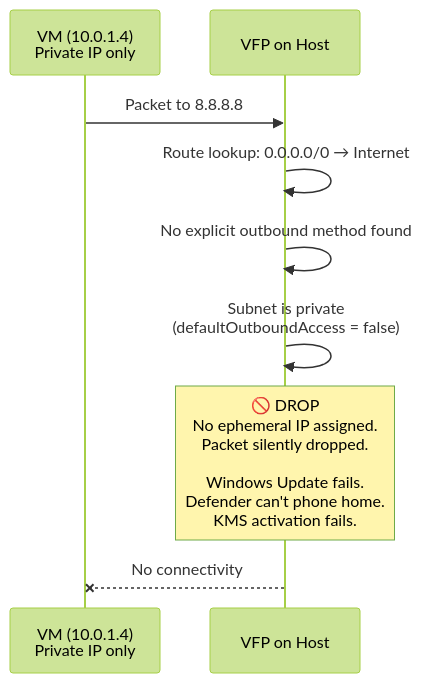
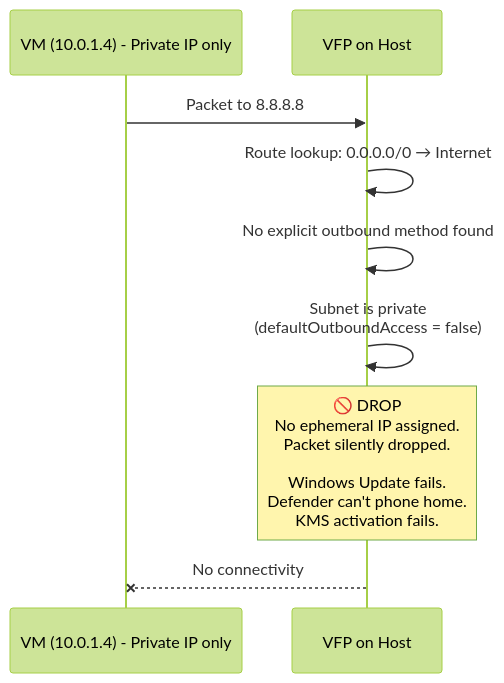
The fourth of 10 diagrams in _posts/2026-03-19-Azure-Default-Outbound-Access-Retirement.md (pthoor/pthoor.github.io), drawn with Mermaid (forest theme) before and after one commit. The commit also changed other lines of this file, not shown here.

Commit message:
Fix Mermaid sequenceDiagram syntax: remove `<br/>` from participant aliases (#24)
* Initial plan

* Fix Mermaid sequenceDiagram syntax: remove br tags from participant aliases

Agent-Logs-Url: https://github.com/pthoor/pthoor.github.io/sessions/97eb9482-885c-4c71-8fdb-fd35053faf9f

---------

````diff
--- a/_posts/2026-03-19-Azure-Default-Outbound-Access-Retirement.md
+++ b/_posts/2026-03-19-Azure-Default-Outbound-Access-Retirement.md
@@ -129,14 +129,14 @@
 ```mermaid
 sequenceDiagram
-    participant VM as VM (10.0.1.4)<br/>Private IP only
+    participant VM as VM (10.0.1.4) - Private IP only
     participant VFP as VFP on Host
 
     VM->>VFP: Packet to 8.8.8.8
     VFP->>VFP: Route lookup: 0.0.0.0/0 → Internet
     VFP->>VFP: No explicit outbound method found
     VFP->>VFP: Subnet is private<br/>(defaultOutboundAccess = false)
 
     Note over VFP: 🚫 DROP<br/>No ephemeral IP assigned.<br/>Packet silently dropped.<br/><br/>Windows Update fails.<br/>Defender can't phone home.<br/>KMS activation fails.
 
     VFP --x VM: No connectivity
 ```
````
